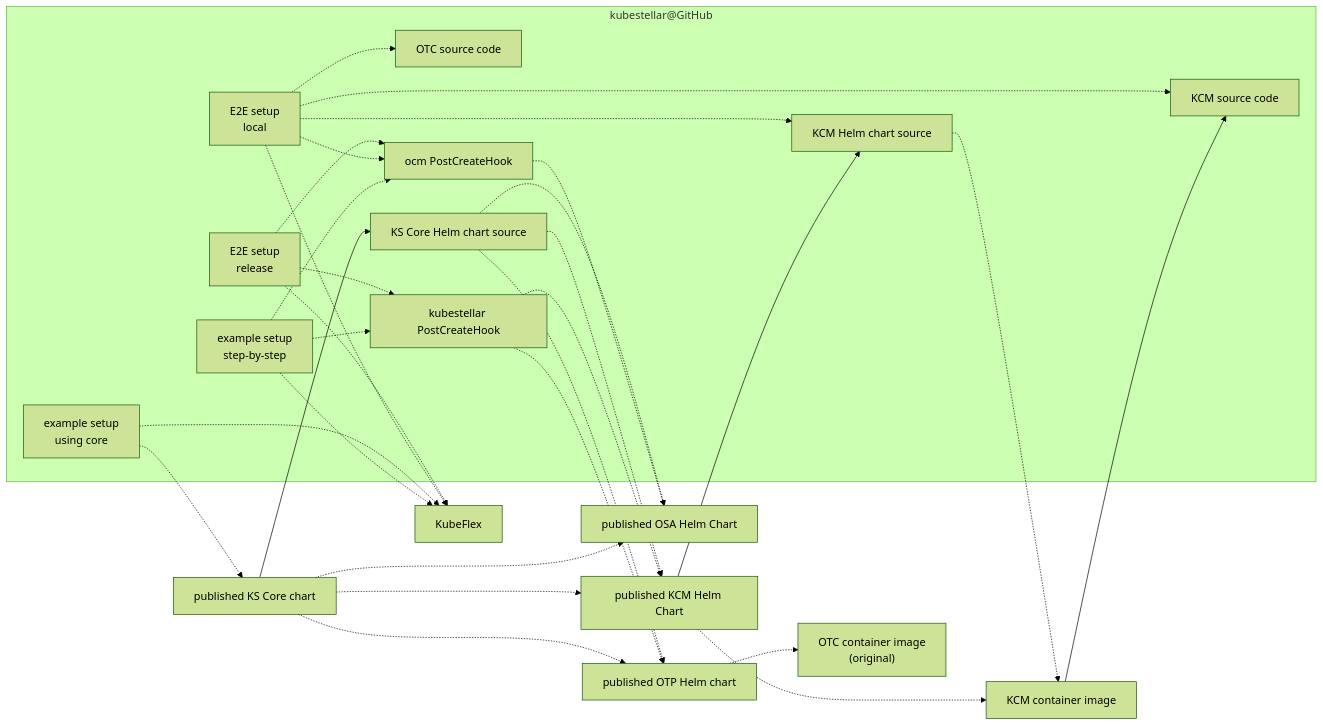
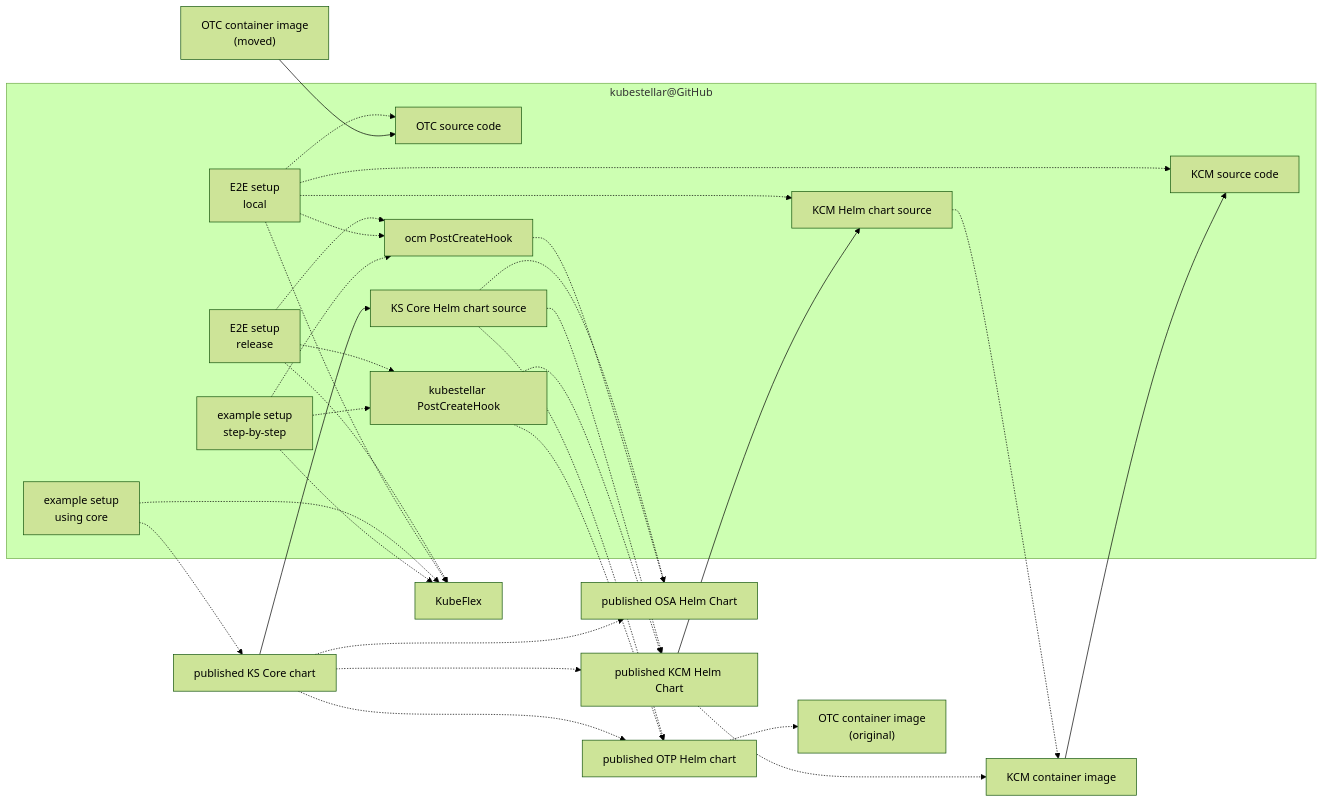
Before and after one commit to kubestellar/kubestellar: the third of 5 diagrams in docs/content/direct/packaging.md, drawn with Mermaid (forest theme). The commit also changed other lines of this file and 1 other file, not shown here.

Commit message:
Extend goreleaser to build OTC image

````diff
--- a/docs/content/direct/packaging.md
+++ b/docs/content/direct/packaging.md
@@ -92,44 +92,46 @@
 ```mermaid
 flowchart LR
     osa_hc_repo[published OSA Helm Chart]
     subgraph ks_repo["kubestellar@GitHub"]
     kcm_code[KCM source code]
     otc_code[OTC source code]
     kcm_hc_src[KCM Helm chart source]
     ksc_hc_src[KS Core Helm chart source]
     ks_pch[kubestellar PostCreateHook]
     ocm_pch["ocm PostCreateHook"]
     setup_ksc["example setup<br>using core"]
     setup_steps["example setup<br>step-by-step"]
     e2e_local["E2E setup<br>local"]
     e2e_release["E2E setup<br>release"]
     end
     ocm_pch -.-> osa_hc_repo
     kcm_ctr_image[KCM container image] --> kcm_code
     kcm_hc_repo[published KCM Helm Chart] --> kcm_hc_src
     kcm_hc_src -.-> kcm_ctr_image
     kcm_hc_repo -.-> kcm_ctr_image
     ks_pch -.-> kcm_hc_repo
     ks_pch -.-> otp_hc_repo[published OTP Helm chart]
+    otc_ctr_image["OTC container image<br>(moved)"]
+    otc_ctr_image --> otc_code
     otp_hc_repo -.-> otc_ctr_image_ur["OTC container image<br>(original)"]
     ksc_hc_repo[published KS Core chart] --> ksc_hc_src
     ksc_hc_src -.-> osa_hc_repo
     ksc_hc_src -.-> otp_hc_repo
     ksc_hc_src -.-> kcm_hc_repo
     ksc_hc_repo -.-> osa_hc_repo
     ksc_hc_repo -.-> otp_hc_repo
     ksc_hc_repo -.-> kcm_hc_repo
     setup_steps -.-> ocm_pch
     setup_steps -.-> ks_pch
     setup_steps -.-> KubeFlex
     setup_ksc -.-> ksc_hc_repo
     setup_ksc -.-> KubeFlex
     e2e_local -.-> ocm_pch
     e2e_local -.-> kcm_code
     e2e_local -.-> kcm_hc_src
     e2e_local -.-> otc_code
     e2e_local -.-> KubeFlex
     e2e_release -.-> ocm_pch
     e2e_release -.-> ks_pch
     e2e_release -.-> KubeFlex
 ```
````
